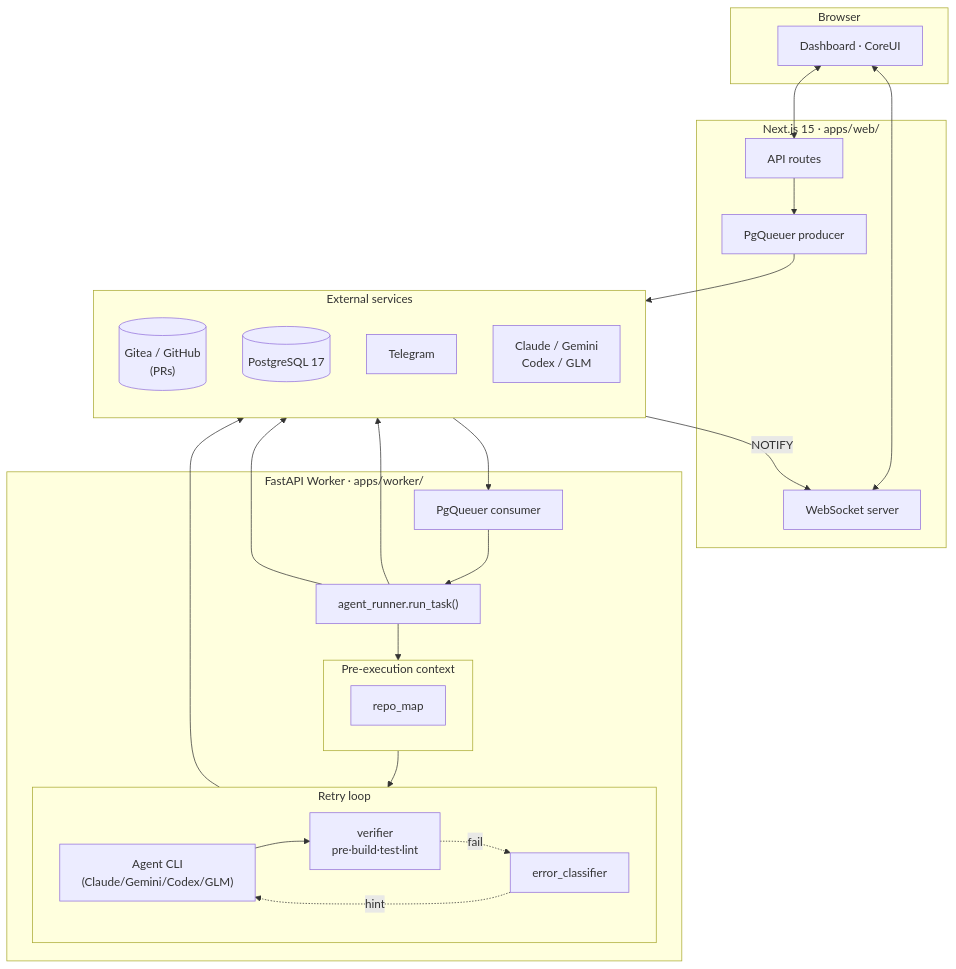
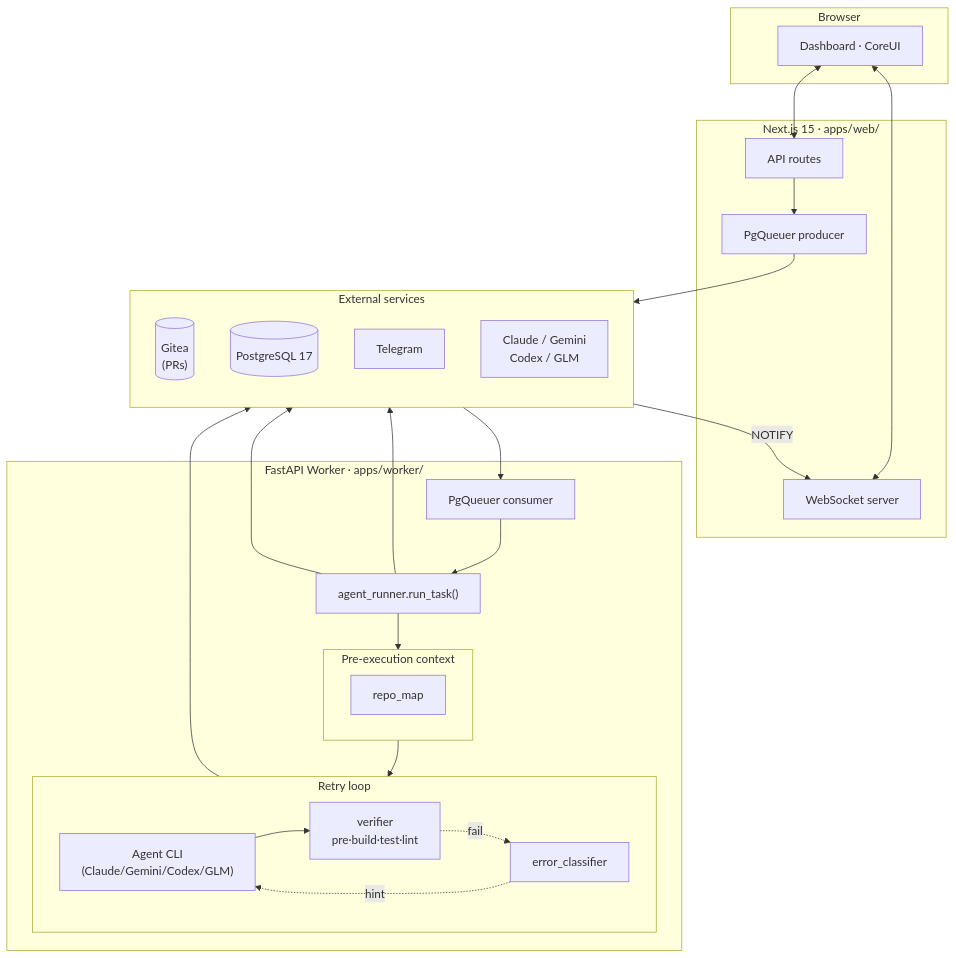
Before and after one commit to sergiovision/DevServer: the diagram in README.md, drawn with Mermaid. The commit also changed other lines of this file and 24 other files, not shown here.

````diff
--- a/README.md
+++ b/README.md
@@ -120,47 +121,47 @@
 ```mermaid
 flowchart TB
   subgraph browser["Browser"]
     Dash["Dashboard · CoreUI"]
   end
 
   subgraph web["Next.js 15 · apps/web/"]
     API["API routes"]
     WS["WebSocket server"]
     Prod["PgQueuer producer"]
   end
 
   subgraph worker["FastAPI Worker · apps/worker/"]
     Cons["PgQueuer consumer"]
     Runner["agent_runner.run_task()"]
     subgraph ctx["Pre-execution context"]
       direction LR
       RM["repo_map"]
     end
     subgraph loop["Retry loop"]
       direction LR
       CLI["Agent CLI<br/>(Claude/Gemini/Codex/GLM)"]
       VER["verifier<br/>pre·build·test·lint"]
       EC["error_classifier"]
       CLI --> VER
       VER -.fail.-> EC -.hint.-> CLI
     end
     Runner --> ctx --> loop
   end
 
   subgraph ext["External services"]
     direction TB
-    Gitea[("Gitea / GitHub<br/>(PRs)")]
+    Gitea[("Gitea<br/>(PRs)")]
     PG2[("PostgreSQL 17")]
     TG["Telegram"]
     Agents["Claude / Gemini<br/>Codex / GLM"]
   end
 
   Dash <--> API
   Dash <--> WS
   API --> Prod --> PG2
   PG2 --> Cons --> Runner
   PG2 -- NOTIFY --> WS
   Runner --> Gitea
   Runner --> TG
   CLI --> Agents
 ```
````
